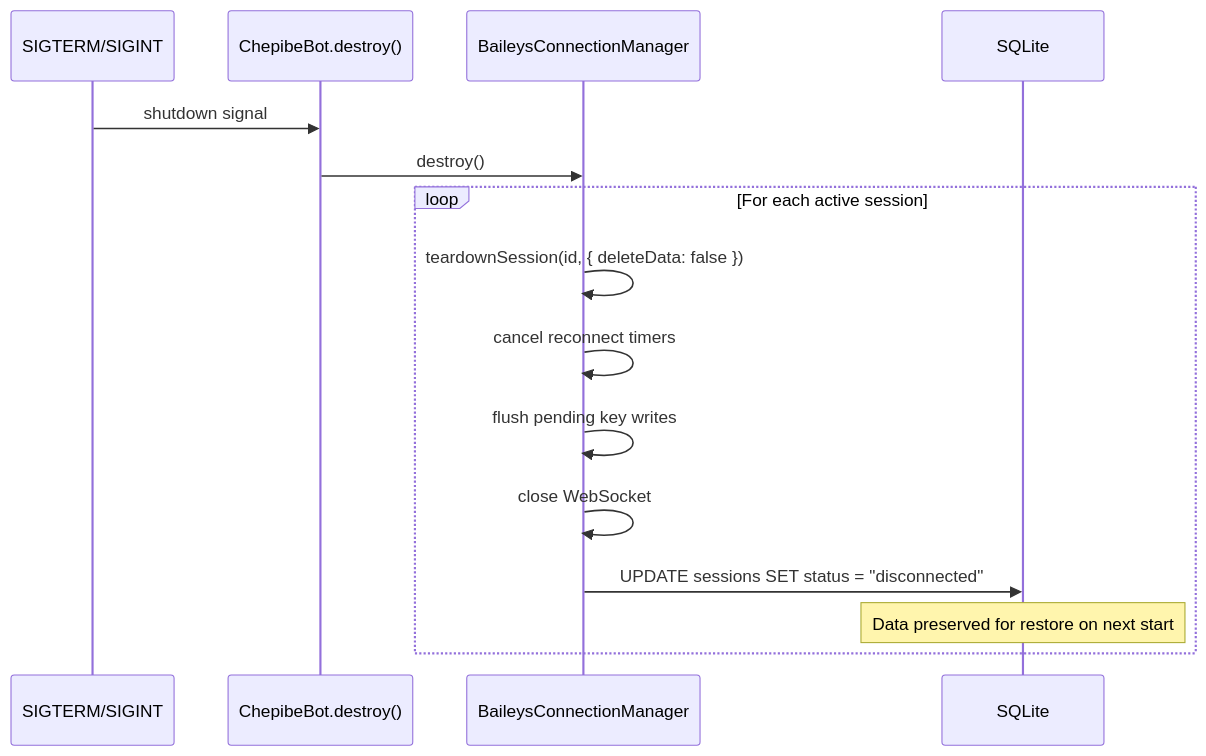
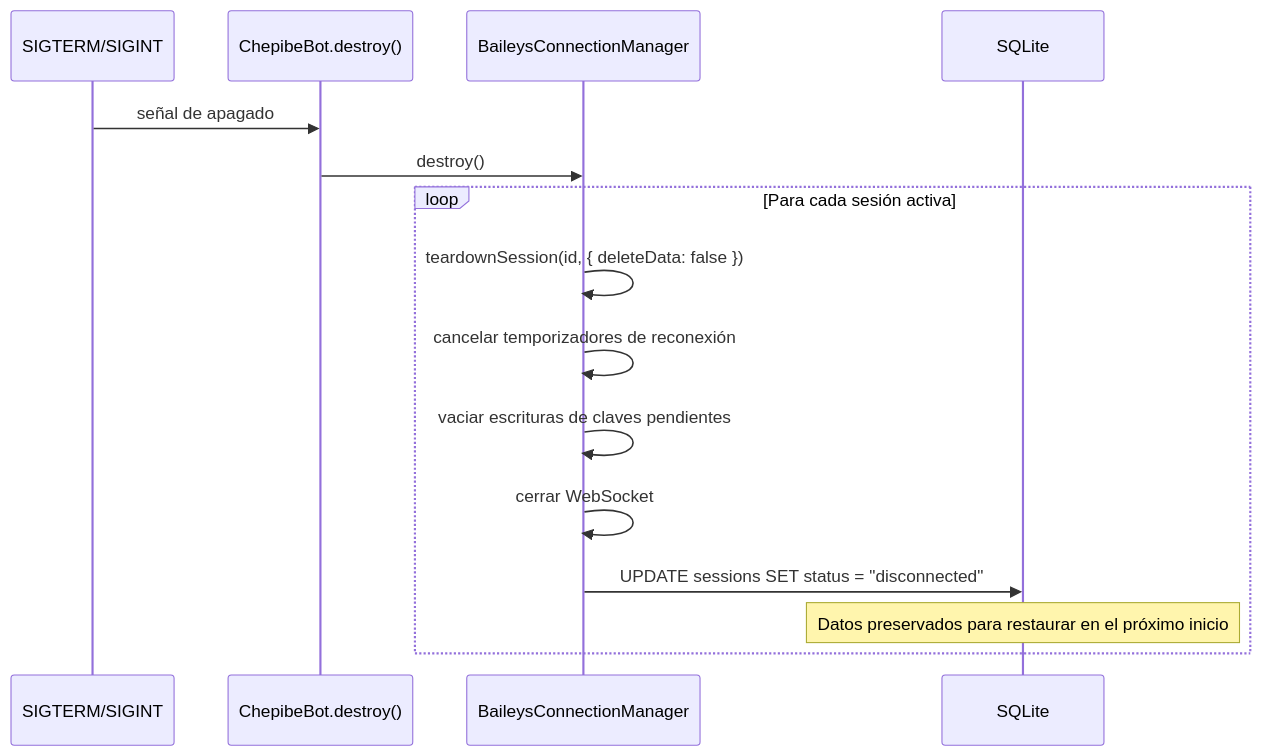
One commit to Fibra-Labs/chepibe-personal changed the eighth of 9 diagrams in docs/whatsapp-session-lifecycle.md. Above: the diagram before and after it, drawn with Mermaid. The commit also changed other lines of this file and 8 other files, not shown here.

````diff
--- a/docs/whatsapp-session-lifecycle.md
+++ b/docs/whatsapp-session-lifecycle.md
@@ -188,18 +188,18 @@
 ```mermaid
 sequenceDiagram
     participant SIG as SIGTERM/SIGINT
     participant BOT as ChepibeBot.destroy()
     participant MGR as BaileysConnectionManager
     participant DB as SQLite
 
-    SIG->>BOT: shutdown signal
+    SIG->>BOT: señal de apagado
     BOT->>MGR: destroy()
-    loop For each active session
+    loop Para cada sesión activa
         MGR->>MGR: teardownSession(id, { deleteData: false })
-        MGR->>MGR: cancel reconnect timers
-        MGR->>MGR: flush pending key writes
-        MGR->>MGR: close WebSocket
+        MGR->>MGR: cancelar temporizadores de reconexión
+        MGR->>MGR: vaciar escrituras de claves pendientes
+        MGR->>MGR: cerrar WebSocket
         MGR->>DB: UPDATE sessions SET status = "disconnected"
-        Note over DB: Data preserved for restore on next start
+        Note over DB: Datos preservados para restaurar en el próximo inicio
     end
 ```
````
